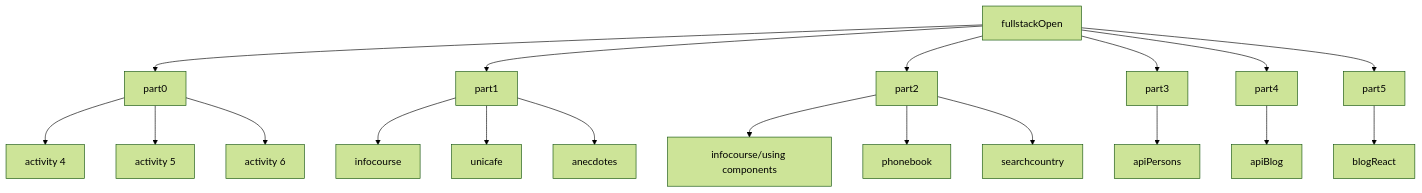
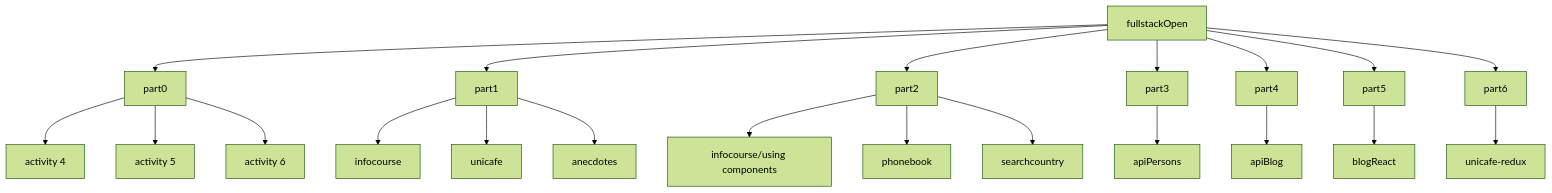
The diagram in README.md (Aushzlten12/fullstackOpen), drawn with Mermaid (forest theme) before and after one commit. The commit also changed 7 other files, not shown here.

````diff
--- a/README.md
+++ b/README.md
@@ -3,22 +3,24 @@
 ```mermaid
 graph TD
   A[fullstackOpen]
   A --> B[part0]
   A --> C[part1]
   A --> D[part2]
   A --> E[part3]
   A --> F[part4]
   A --> G[part5]
+  A --> T[part6]
   B --> H[activity 4]
   B --> I[activity 5]
   B --> J[activity 6]
   C --> K[infocourse]
   C --> L[unicafe]
   C --> M[anecdotes]
   D --> N[infocourse/using components]
   D --> O[phonebook]
   D --> P[searchcountry]
   E --> Q[apiPersons]
   F --> R[apiBlog]
   G --> S[blogReact]
+  T --> U[unicafe-redux]
 ```
````
